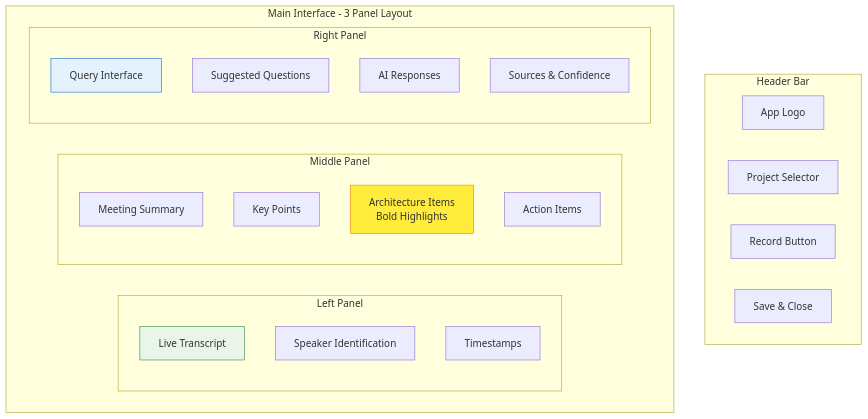
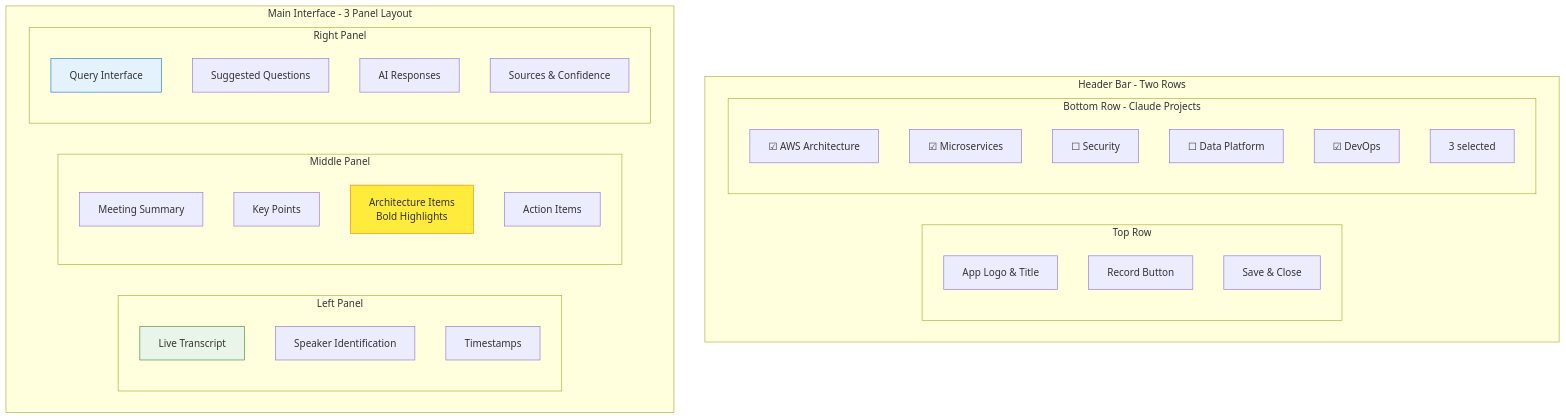
One commit to mjones3/architect-transcript-insights changed the fifth of 9 diagrams in README.md. Above: the diagram before and after it, drawn with Mermaid. The commit also changed other lines of this file and 4 other files, not shown here.

First line of the commit message:
Enhance UI with Claude Projects checkbox array in header

````diff
--- a/README.md
+++ b/README.md
@@ -347,35 +384,45 @@
 ```mermaid
 graph TB
-    subgraph "Header Bar"
-        LOGO[App Logo]
-        PROJECTS[Project Selector]
-        RECORD[Record Button]
-        SAVE[Save & Close]
+    subgraph "Header Bar - Two Rows"
+        subgraph "Top Row"
+            LOGO[App Logo & Title]
+            RECORD[Record Button]
+            SAVE[Save & Close]
+        end
+        
+        subgraph "Bottom Row - Claude Projects"
+            CHECK1[☑ AWS Architecture]
+            CHECK2[☑ Microservices]
+            CHECK3[☐ Security]
+            CHECK4[☐ Data Platform]
+            CHECK5[☑ DevOps]
+            COUNT[3 selected]
+        end
     end
     
     subgraph "Main Interface - 3 Panel Layout"
         subgraph "Left Panel"
             LT[Live Transcript]
             SPEAKERS[Speaker Identification]
             TIMESTAMP[Timestamps]
         end
         
         subgraph "Middle Panel"
             SUMMARY[Meeting Summary]
             KEY[Key Points]
             ARCH[Architecture Items<br/>Bold Highlights]
             ACTION[Action Items]
         end
         
         subgraph "Right Panel"
             QUERY[Query Interface]
             SUGGEST[Suggested Questions]
             ANSWERS[AI Responses]
             SOURCES[Sources & Confidence]
         end
     end
     
     style ARCH fill:#ffeb3b,stroke:#f57f17
     style QUERY fill:#e3f2fd,stroke:#1976d2
     style LT fill:#e8f5e8,stroke:#388e3c
 ```
````
